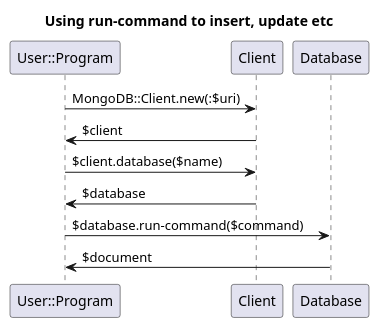
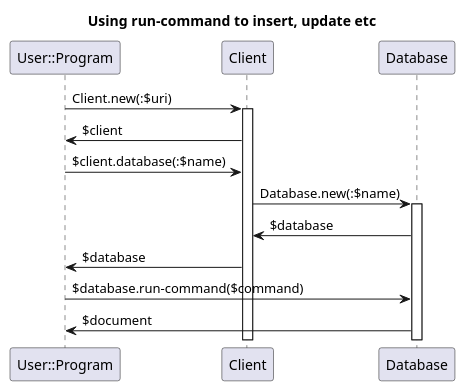
The second of 2 diagrams in doc/Design/Design-software.md (MARTIMM/raku-mongodb-driver), drawn with PlantUML before and after one commit. The commit also changed other lines of this file and 1 other file, not shown here.

````diff
--- a/doc/Design/Design-software.md
+++ b/doc/Design/Design-software.md
@@ -53,16 +53,20 @@
 ```plantuml
 title "Using run-command to insert, update etc"
 
 participant UP as "User::Program"
 participant Cl as "Client"
 participant Da as "Database"
 'participant Co as "Collection"
 
-UP -> Cl : MongoDB::Client.new(:$uri)
+UP -> Cl : Client.new(:$uri)
+activate Cl
 Cl -> UP : $client
-UP -> Cl : $client.database($name)
+UP -> Cl : $client.database(:$name)
+Cl -> Da : Database.new(:$name)
+activate Da
+Da -> Cl : $database
 Cl -> UP : $database
 UP -> Da : $database.run-command($command)
 Da -> UP : $document
 
 ```
````
